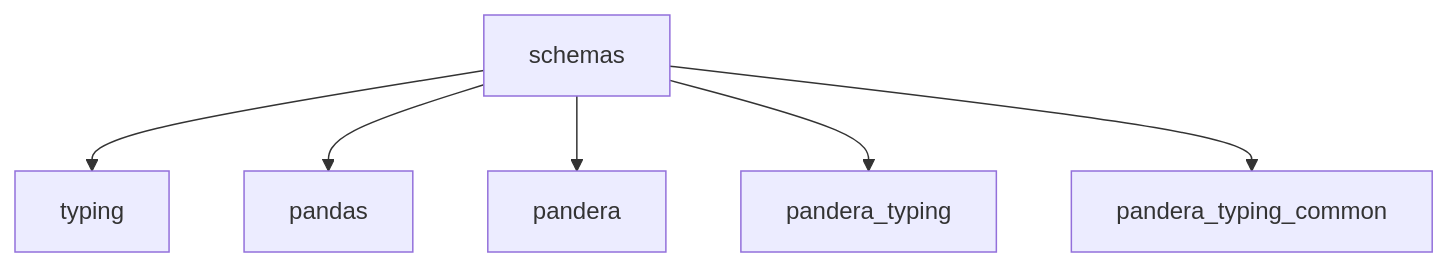
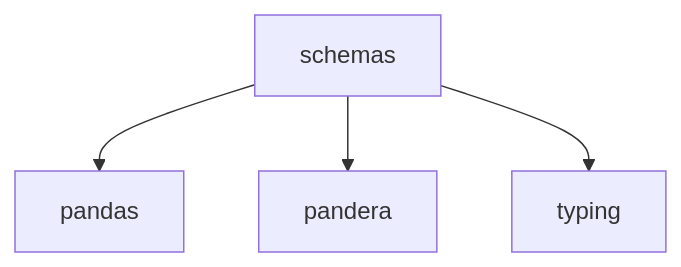
One commit to lgcorzo/mlops-python-package changed the second of 2 diagrams in wiki/schemas.md. Above: the diagram before and after it, drawn with Mermaid. The commit also changed other lines of this file and 31 other files, not shown here.

````diff
--- a/wiki/schemas.md
+++ b/wiki/schemas.md
@@ -60,8 +68,7 @@
 ```mermaid
 flowchart TD
-    schemas --> typing
+
     schemas --> pandas
     schemas --> pandera
-    schemas --> pandera_typing
-    schemas --> pandera_typing_common
+    schemas --> typing
 ```
````
